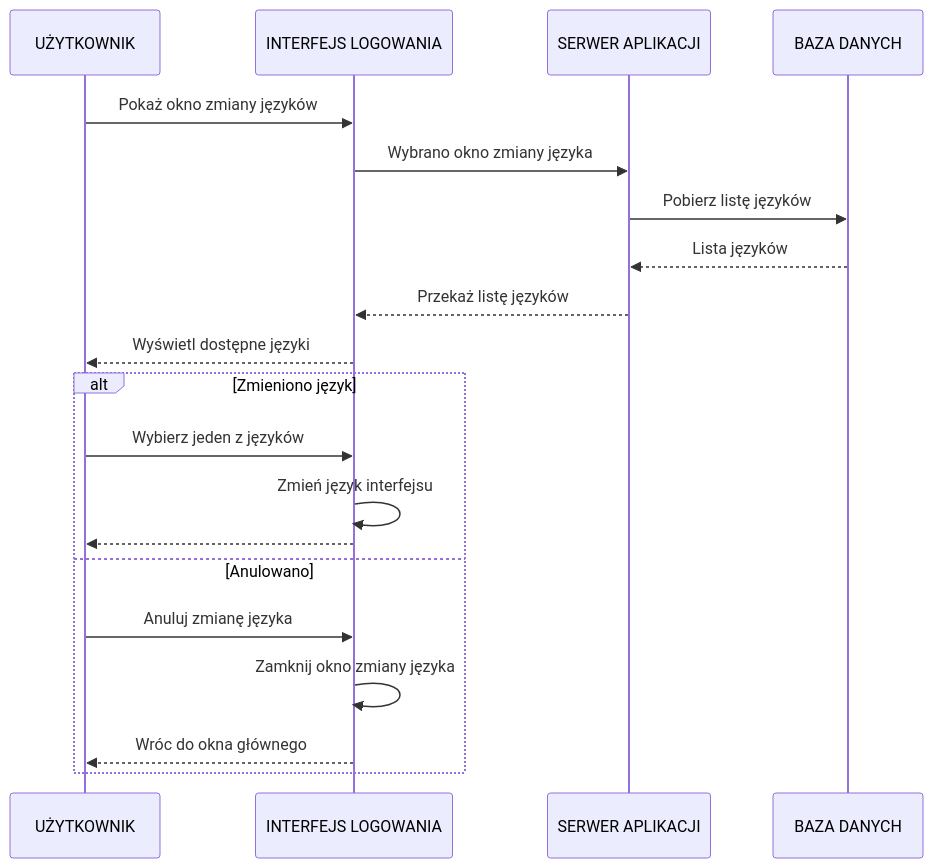
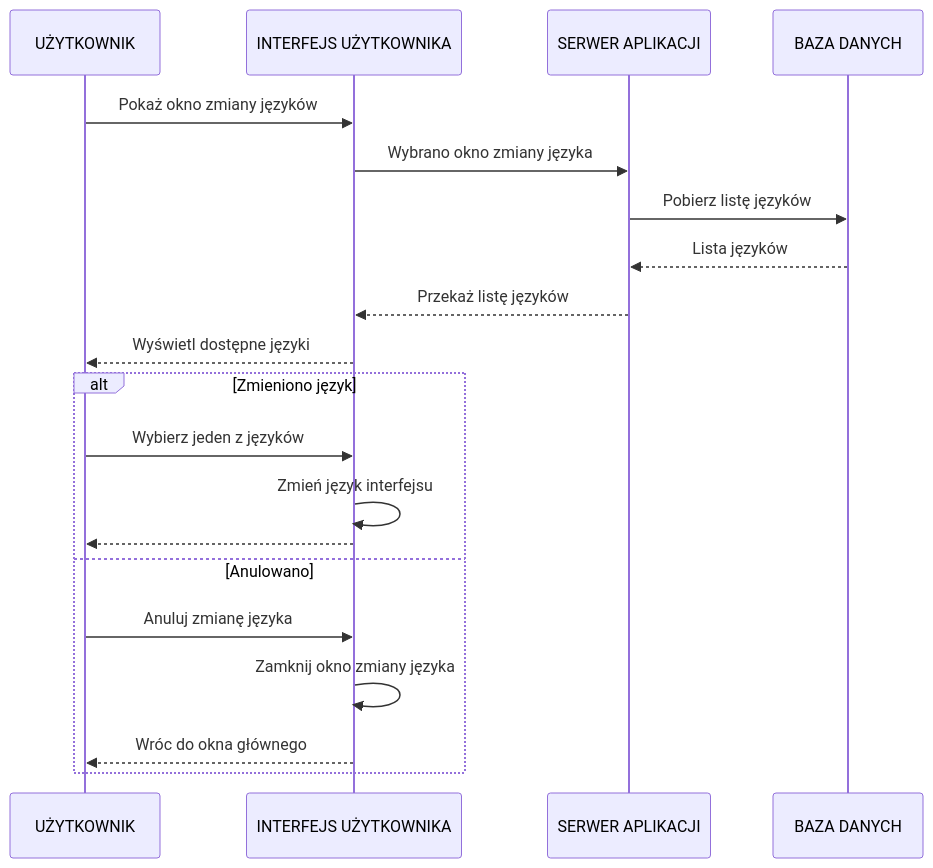
Before and after one commit to WGrot/MWO_LAB: the fourth of 4 diagrams in userStory.md, drawn with Mermaid. The commit also changed other lines of this file, not shown here.

````diff
--- a/userStory.md
+++ b/userStory.md
@@ -115,26 +116,26 @@
  ```mermaid
 sequenceDiagram
 PARTICIPANT USER AS UŻYTKOWNIK
-PARTICIPANT UI AS INTERFEJS LOGOWANIA
+PARTICIPANT UI AS INTERFEJS UŻYTKOWNIKA
 PARTICIPANT SERWER AS SERWER APLIKACJI
 PARTICIPANT DB AS BAZA DANYCH
 
 
     USER->>UI: Pokaż okno zmiany języków
     UI ->> SERWER: Wybrano okno zmiany języka
     SERWER ->> DB: Pobierz listę języków
     DB -->> SERWER: Lista języków
     SERWER -->> UI: Przekaż listę języków
     UI -->> USER: Wyświetl dostępne języki
     ALT Zmieniono język
         USER ->> UI: Wybierz jeden z języków
         UI ->> UI: Zmień język interfejsu
         UI -->> USER: 
     ELSE Anulowano
         USER ->> UI: Anuluj zmianę języka
         UI ->> UI: Zamknij okno zmiany języka
         UI -->> USER: Wróc do okna głównego
     END
 
  
 ```
````
